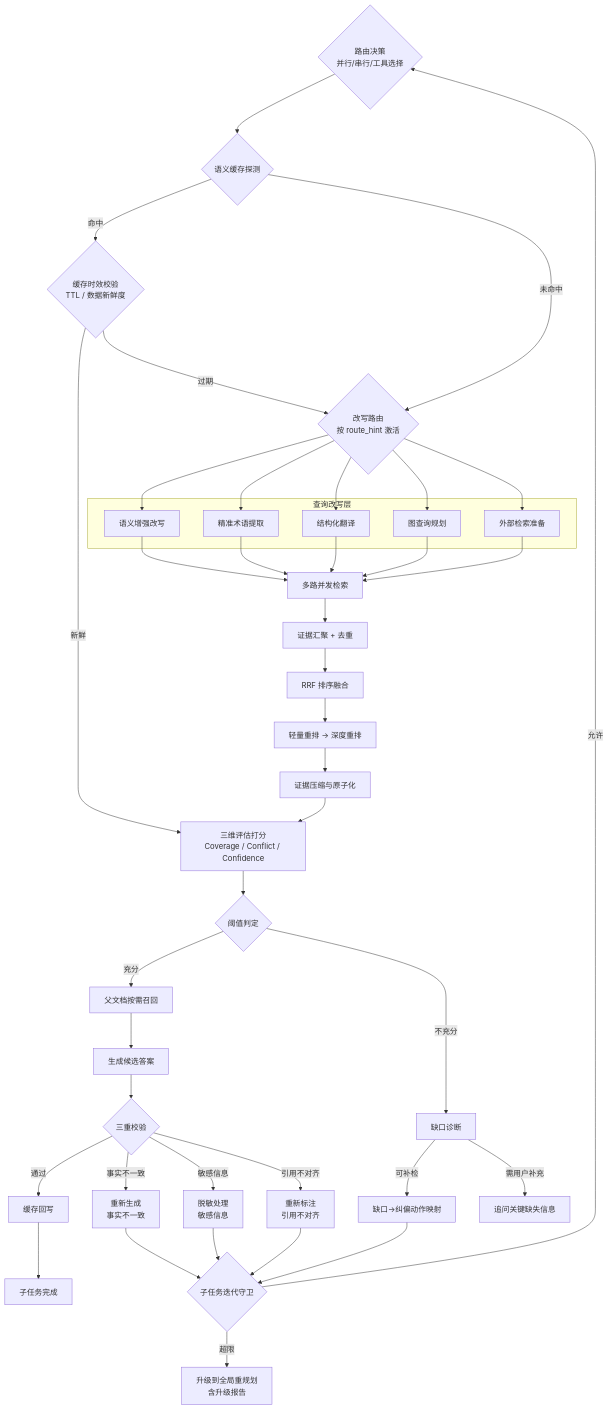
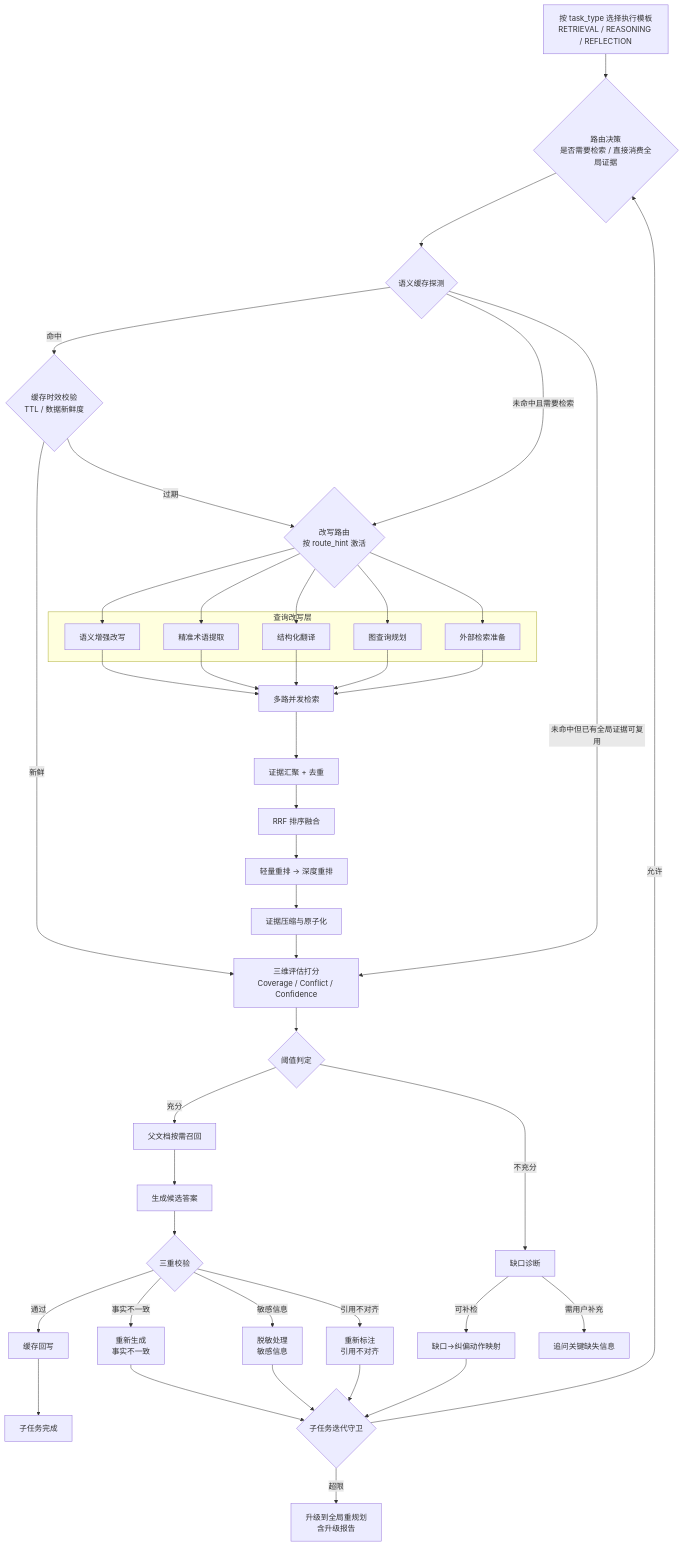
The second of 6 diagrams in src/learning_common_lib/案例/用户AgenticRAG检索/架构设计规划.md (kkk935208447/learning_common_lib), drawn with Mermaid before and after one commit. The commit also changed other lines of this file and 3 other files, not shown here.

````diff
--- a/src/learning_common_lib/案例/用户AgenticRAG检索/架构设计规划.md
+++ b/src/learning_common_lib/案例/用户AgenticRAG检索/架构设计规划.md
@@ -87,62 +112,65 @@
 ```mermaid
 flowchart TD
-    Router{"路由决策<br/>并行/串行/工具选择"}
+    TaskTemplate["按 task_type 选择执行模板<br/>RETRIEVAL / REASONING / REFLECTION"]
+    Router{"路由决策<br/>是否需要检索 / 直接消费全局证据"}
     CacheProbe{"语义缓存探测"}
     FreshnessCheck{"缓存时效校验<br/>TTL / 数据新鲜度"}
     RewriteRoute{"改写路由<br/>按 route_hint 激活"}
 
     subgraph RewriteLayer["查询改写层"]
         QV["语义增强改写"]
         QK["精准术语提取"]
         QS["结构化翻译"]
         QG["图查询规划"]
         QW["外部检索准备"]
     end
 
     Retrieval["多路并发检索"]
     Merge["证据汇聚 + 去重"]
     Fusion["RRF 排序融合"]
     Rerank["轻量重排 → 深度重排"]
     Compress["证据压缩与原子化"]
     EvalScore["三维评估打分<br/>Coverage / Conflict / Confidence"]
     Threshold{"阈值判定"}
     ParentHydration["父文档按需召回"]
     DraftClaims["生成候选答案"]
     Verify{"三重校验"}
     CacheWrite["缓存回写"]
     Done["子任务完成"]
 
     RetryFactual["重新生成<br/>事实不一致"]
     RetrySensitive["脱敏处理<br/>敏感信息"]
     RetryCitation["重新标注<br/>引用不对齐"]
 
     GapDiag["缺口诊断"]
     GapMap["缺口→纠偏动作映射"]
     Clarify["追问关键缺失信息"]
     LocalGuard{"子任务迭代守卫"}
     Escalate["升级到全局重规划<br/>含升级报告"]
 
+    TaskTemplate --> Router
     Router --> CacheProbe
     CacheProbe -- "命中" --> FreshnessCheck
     FreshnessCheck -- "新鲜" --> EvalScore
     FreshnessCheck -- "过期" --> RewriteRoute
-    CacheProbe -- "未命中" --> RewriteRoute
+    CacheProbe -- "未命中且需要检索" --> RewriteRoute
+    CacheProbe -- "未命中但已有全局证据可复用" --> EvalScore
 
     RewriteRoute --> QV & QK & QS & QG & QW
     QV & QK & QS & QG & QW --> Retrieval
     Retrieval --> Merge --> Fusion --> Rerank --> Compress --> EvalScore
     EvalScore --> Threshold
 
     Threshold -- "充分" --> ParentHydration --> DraftClaims --> Verify
     Verify -- "通过" --> CacheWrite --> Done
     Verify -- "事实不一致" --> RetryFactual --> LocalGuard
     Verify -- "敏感信息" --> RetrySensitive --> LocalGuard
     Verify -- "引用不对齐" --> RetryCitation --> LocalGuard
 
     Threshold -- "不充分" --> GapDiag
     GapDiag -- "可补检" --> GapMap --> LocalGuard
     GapDiag -- "需用户补充" --> Clarify
 
     LocalGuard -- "允许" --> Router
     LocalGuard -- "超限" --> Escalate
 ```
````
